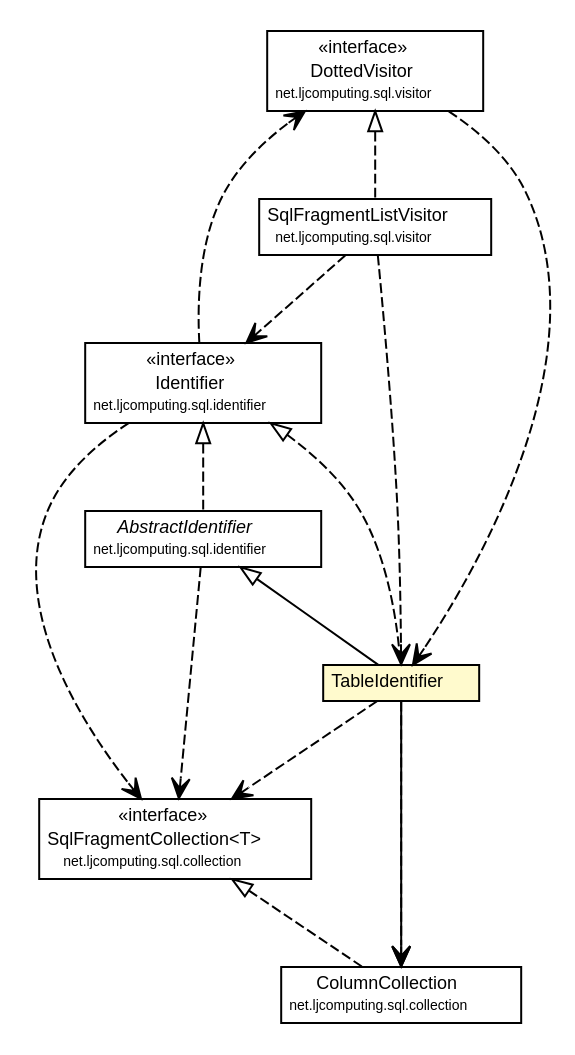
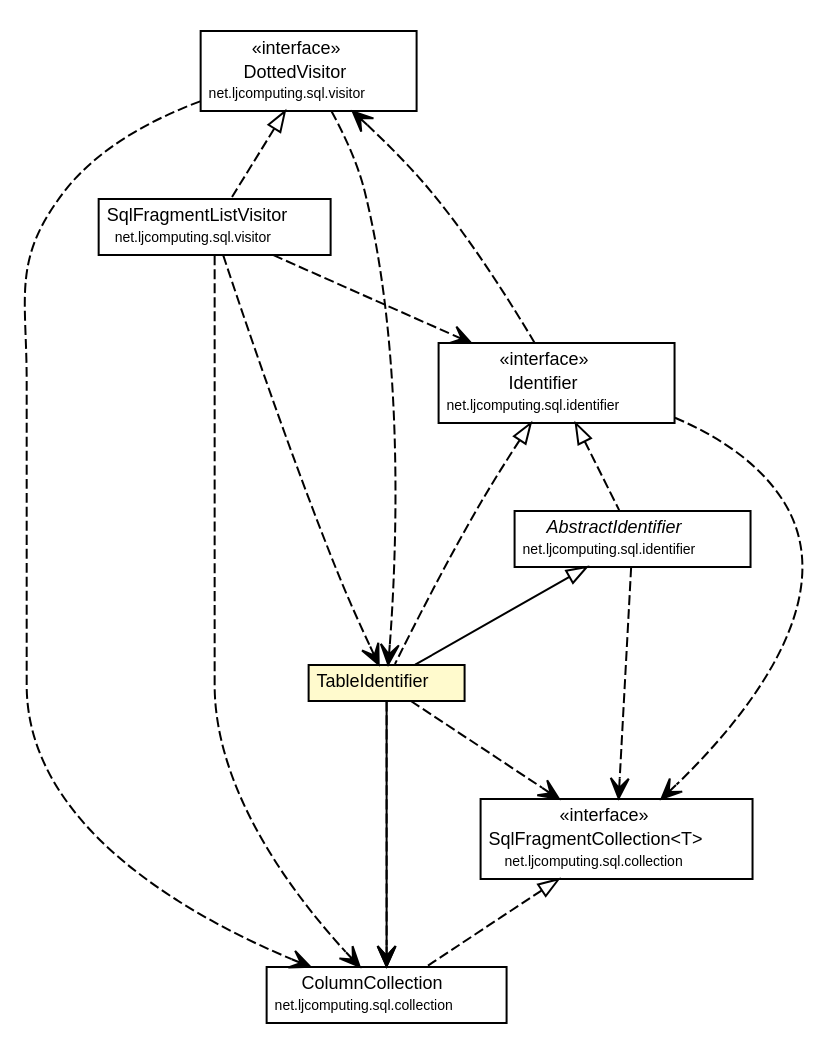
One commit to willmorejg/net.ljcomputing.sql changed the diagram in docs/javadoc/apidocs/net/ljcomputing/sql/identifier/table/TableIdentifier.dot. Above: the diagram before and after it, drawn with Graphviz. The commit also changed 141 other files, not shown here.

```diff
--- a/docs/javadoc/apidocs/net/ljcomputing/sql/identifier/table/TableIdentifier.dot
+++ b/docs/javadoc/apidocs/net/ljcomputing/sql/identifier/table/TableIdentifier.dot
@@ -1,91 +1,95 @@
 #!/usr/local/bin/dot
 #
 # Class diagram 
 # Generated by UMLGraph version R5_6 (http://www.umlgraph.org/)
 #
 
 digraph G {
 	edge [fontname="Helvetica",fontsize=10,labelfontname="Helvetica",labelfontsize=10];
 	node [fontname="Helvetica",fontsize=10,shape=plaintext];
 	nodesep=0.25;
 	ranksep=0.5;
 	// net.ljcomputing.sql.visitor.DottedVisitor
 	c1158 [label=<<table title="net.ljcomputing.sql.visitor.DottedVisitor" border="0" cellborder="1" cellspacing="0" cellpadding="2" port="p" href="../../visitor/DottedVisitor.html">
 		<tr><td><table border="0" cellspacing="0" cellpadding="1">
 <tr><td align="center" balign="center"> &#171;interface&#187; </td></tr>
 <tr><td align="center" balign="center"> DottedVisitor </td></tr>
 <tr><td align="center" balign="center"><font point-size="7.0"> net.ljcomputing.sql.visitor </font></td></tr>
 		</table></td></tr>
 		</table>>, URL="../../visitor/DottedVisitor.html", fontname="Helvetica", fontcolor="black", fontsize=9.0];
 	// net.ljcomputing.sql.visitor.SqlFragmentListVisitor
 	c1160 [label=<<table title="net.ljcomputing.sql.visitor.SqlFragmentListVisitor" border="0" cellborder="1" cellspacing="0" cellpadding="2" port="p" href="../../visitor/SqlFragmentListVisitor.html">
 		<tr><td><table border="0" cellspacing="0" cellpadding="1">
 <tr><td align="center" balign="center"> SqlFragmentListVisitor </td></tr>
 <tr><td align="center" balign="center"><font point-size="7.0"> net.ljcomputing.sql.visitor </font></td></tr>
 		</table></td></tr>
 		</table>>, URL="../../visitor/SqlFragmentListVisitor.html", fontname="Helvetica", fontcolor="black", fontsize=9.0];
 	// net.ljcomputing.sql.collection.SqlFragmentCollection<T>
 	c1164 [label=<<table title="net.ljcomputing.sql.collection.SqlFragmentCollection" border="0" cellborder="1" cellspacing="0" cellpadding="2" port="p" href="../../collection/SqlFragmentCollection.html">
 		<tr><td><table border="0" cellspacing="0" cellpadding="1">
 <tr><td align="center" balign="center"> &#171;interface&#187; </td></tr>
 <tr><td align="center" balign="center"> SqlFragmentCollection&lt;T&gt; </td></tr>
 <tr><td align="center" balign="center"><font point-size="7.0"> net.ljcomputing.sql.collection </font></td></tr>
 		</table></td></tr>
 		</table>>, URL="../../collection/SqlFragmentCollection.html", fontname="Helvetica", fontcolor="black", fontsize=9.0];
 	// net.ljcomputing.sql.collection.ColumnCollection
 	c1165 [label=<<table title="net.ljcomputing.sql.collection.ColumnCollection" border="0" cellborder="1" cellspacing="0" cellpadding="2" port="p" href="../../collection/ColumnCollection.html">
 		<tr><td><table border="0" cellspacing="0" cellpadding="1">
 <tr><td align="center" balign="center"> ColumnCollection </td></tr>
 <tr><td align="center" balign="center"><font point-size="7.0"> net.ljcomputing.sql.collection </font></td></tr>
 		</table></td></tr>
 		</table>>, URL="../../collection/ColumnCollection.html", fontname="Helvetica", fontcolor="black", fontsize=9.0];
 	// net.ljcomputing.sql.identifier.table.TableIdentifier
 	c1170 [label=<<table title="net.ljcomputing.sql.identifier.table.TableIdentifier" border="0" cellborder="1" cellspacing="0" cellpadding="2" port="p" bgcolor="lemonChiffon" href="./TableIdentifier.html">
 		<tr><td><table border="0" cellspacing="0" cellpadding="1">
 <tr><td align="center" balign="center"> TableIdentifier </td></tr>
 		</table></td></tr>
 		</table>>, URL="./TableIdentifier.html", fontname="Helvetica", fontcolor="black", fontsize=9.0];
 	// net.ljcomputing.sql.identifier.AbstractIdentifier
 	c1171 [label=<<table title="net.ljcomputing.sql.identifier.AbstractIdentifier" border="0" cellborder="1" cellspacing="0" cellpadding="2" port="p" href="../AbstractIdentifier.html">
 		<tr><td><table border="0" cellspacing="0" cellpadding="1">
 <tr><td align="center" balign="center"><font face="Helvetica-Oblique"> AbstractIdentifier </font></td></tr>
 <tr><td align="center" balign="center"><font point-size="7.0"> net.ljcomputing.sql.identifier </font></td></tr>
 		</table></td></tr>
 		</table>>, URL="../AbstractIdentifier.html", fontname="Helvetica", fontcolor="black", fontsize=9.0];
 	// net.ljcomputing.sql.identifier.Identifier
 	c1172 [label=<<table title="net.ljcomputing.sql.identifier.Identifier" border="0" cellborder="1" cellspacing="0" cellpadding="2" port="p" href="../Identifier.html">
 		<tr><td><table border="0" cellspacing="0" cellpadding="1">
 <tr><td align="center" balign="center"> &#171;interface&#187; </td></tr>
 <tr><td align="center" balign="center"> Identifier </td></tr>
 <tr><td align="center" balign="center"><font point-size="7.0"> net.ljcomputing.sql.identifier </font></td></tr>
 		</table></td></tr>
 		</table>>, URL="../Identifier.html", fontname="Helvetica", fontcolor="black", fontsize=9.0];
 	//net.ljcomputing.sql.visitor.SqlFragmentListVisitor implements net.ljcomputing.sql.visitor.DottedVisitor
 	c1158:p -> c1160:p [dir=back,arrowtail=empty,style=dashed];
 	//net.ljcomputing.sql.collection.ColumnCollection implements net.ljcomputing.sql.collection.SqlFragmentCollection<T>
 	c1164:p -> c1165:p [dir=back,arrowtail=empty,style=dashed];
 	//net.ljcomputing.sql.identifier.table.TableIdentifier extends net.ljcomputing.sql.identifier.AbstractIdentifier
 	c1171:p -> c1170:p [dir=back,arrowtail=empty];
 	//net.ljcomputing.sql.identifier.table.TableIdentifier implements net.ljcomputing.sql.identifier.Identifier
 	c1172:p -> c1170:p [dir=back,arrowtail=empty,style=dashed];
 	//net.ljcomputing.sql.identifier.AbstractIdentifier implements net.ljcomputing.sql.identifier.Identifier
 	c1172:p -> c1171:p [dir=back,arrowtail=empty,style=dashed];
 	// net.ljcomputing.sql.identifier.table.TableIdentifier NAVASSOC net.ljcomputing.sql.collection.ColumnCollection
 	c1170:p -> c1165:p [taillabel="", label="", headlabel="", fontname="Helvetica", fontcolor="black", fontsize=10.0, color="black", arrowhead=open];
 	// net.ljcomputing.sql.visitor.DottedVisitor DEPEND net.ljcomputing.sql.identifier.table.TableIdentifier
 	c1158:p -> c1170:p [taillabel="", label="", headlabel="", fontname="Helvetica", fontcolor="black", fontsize=10.0, color="black", arrowhead=open, style=dashed];
+	// net.ljcomputing.sql.visitor.DottedVisitor DEPEND net.ljcomputing.sql.collection.ColumnCollection
+	c1158:p -> c1165:p [taillabel="", label="", headlabel="", fontname="Helvetica", fontcolor="black", fontsize=10.0, color="black", arrowhead=open, style=dashed];
+	// net.ljcomputing.sql.visitor.SqlFragmentListVisitor DEPEND net.ljcomputing.sql.identifier.table.TableIdentifier
+	c1160:p -> c1170:p [taillabel="", label="", headlabel="", fontname="Helvetica", fontcolor="black", fontsize=10.0, color="black", arrowhead=open, style=dashed];
+	// net.ljcomputing.sql.visitor.SqlFragmentListVisitor DEPEND net.ljcomputing.sql.collection.ColumnCollection
+	c1160:p -> c1165:p [taillabel="", label="", headlabel="", fontname="Helvetica", fontcolor="black", fontsize=10.0, color="black", arrowhead=open, style=dashed];
 	// net.ljcomputing.sql.visitor.SqlFragmentListVisitor DEPEND net.ljcomputing.sql.identifier.Identifier
 	c1160:p -> c1172:p [taillabel="", label="", headlabel="", fontname="Helvetica", fontcolor="black", fontsize=10.0, color="black", arrowhead=open, style=dashed];
-	// net.ljcomputing.sql.visitor.SqlFragmentListVisitor DEPEND net.ljcomputing.sql.identifier.table.TableIdentifier
-	c1160:p -> c1170:p [taillabel="", label="", headlabel="", fontname="Helvetica", fontcolor="black", fontsize=10.0, color="black", arrowhead=open, style=dashed];
+	// net.ljcomputing.sql.identifier.table.TableIdentifier DEPEND net.ljcomputing.sql.collection.ColumnCollection
+	c1170:p -> c1165:p [taillabel="", label="", headlabel="", fontname="Helvetica", fontcolor="black", fontsize=10.0, color="black", arrowhead=open, style=dashed];
 	// net.ljcomputing.sql.identifier.table.TableIdentifier DEPEND net.ljcomputing.sql.collection.SqlFragmentCollection<T>
 	c1170:p -> c1164:p [taillabel="", label="", headlabel="", fontname="Helvetica", fontcolor="black", fontsize=10.0, color="black", arrowhead=open, style=dashed];
-	// net.ljcomputing.sql.identifier.table.TableIdentifier DEPEND net.ljcomputing.sql.collection.ColumnCollection
-	c1170:p -> c1165:p [taillabel="", label="", headlabel="", fontname="Helvetica", fontcolor="black", fontsize=10.0, color="black", arrowhead=open, style=dashed];
 	// net.ljcomputing.sql.identifier.AbstractIdentifier DEPEND net.ljcomputing.sql.collection.SqlFragmentCollection<T>
 	c1171:p -> c1164:p [taillabel="", label="", headlabel="", fontname="Helvetica", fontcolor="black", fontsize=10.0, color="black", arrowhead=open, style=dashed];
 	// net.ljcomputing.sql.identifier.Identifier DEPEND net.ljcomputing.sql.visitor.DottedVisitor
 	c1172:p -> c1158:p [taillabel="", label="", headlabel="", fontname="Helvetica", fontcolor="black", fontsize=10.0, color="black", arrowhead=open, style=dashed];
 	// net.ljcomputing.sql.identifier.Identifier DEPEND net.ljcomputing.sql.collection.SqlFragmentCollection<T>
 	c1172:p -> c1164:p [taillabel="", label="", headlabel="", fontname="Helvetica", fontcolor="black", fontsize=10.0, color="black", arrowhead=open, style=dashed];
 }
```
